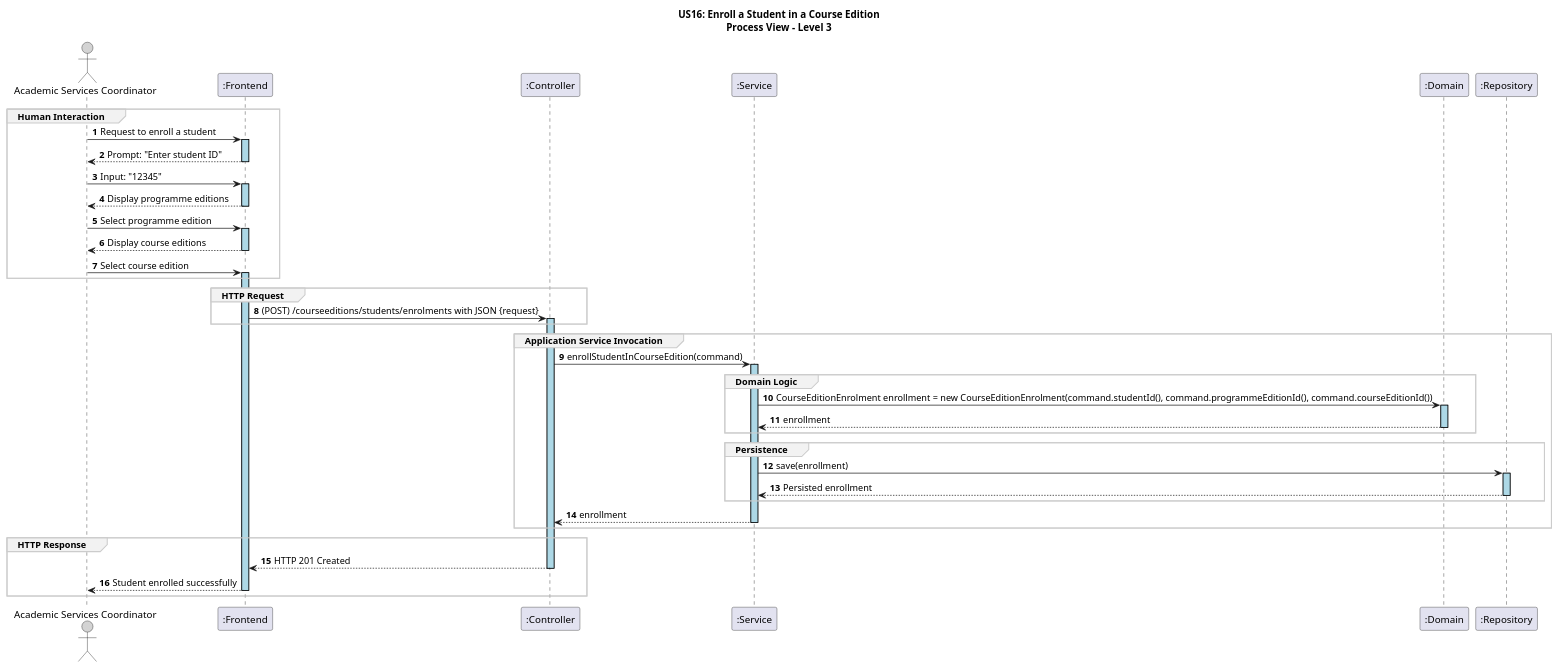
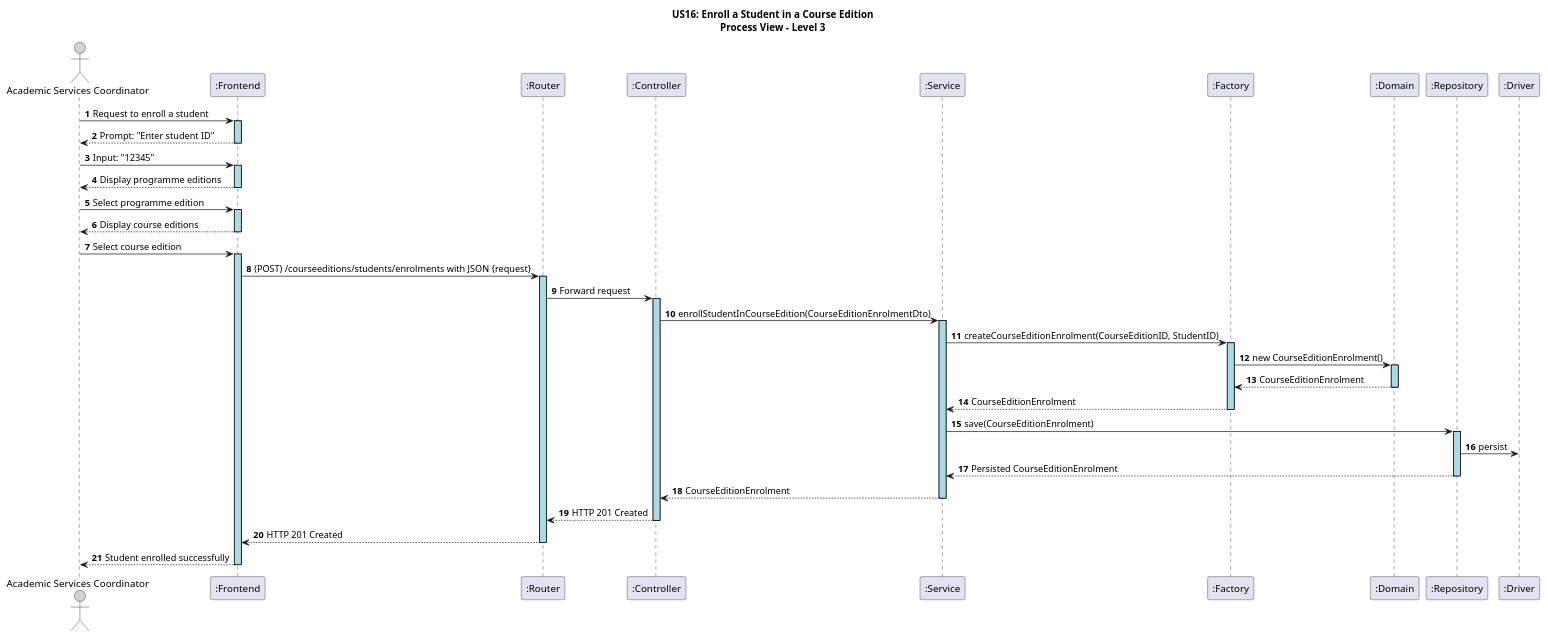
The diagram in docs/US16/sprint6_RestController/process_view/Level3.puml (GasparISEP/DevOps-PAI), drawn with PlantUML before and after one commit. The commit also changed 2 other files, not shown here.

Commit message:
Updated Process View Level 3, Level 4 and level5 diagrams to reflect changes in the enrollment process, including the introduction of a Router and Factory participants, and adjustments to the flow of data and interactions. Refs #589

```diff
--- a/docs/US16/sprint6_RestController/process_view/Level3.puml
+++ b/docs/US16/sprint6_RestController/process_view/Level3.puml
@@ -1,57 +1,51 @@
 @startuml
 autonumber
 
 skinparam sequence {
     LifelineBorderColor black
     LifelineBackgroundColor LightBlue
     ActorBorderColor black
     ActorBackgroundColor LightGray
-    GroupBorderColor #cccccc
-    GroupBackgroundColor #f2f2f2
 }
 
 title US16: Enroll a Student in a Course Edition\nProcess View – Level 3
 
 actor ASC as "Academic Services Coordinator"
 participant ":Frontend" as FE
+participant ":Router" as RT
 participant ":Controller" as CT
 participant ":Service" as SE
+participant ":Factory" as FA
 participant ":Domain" as DM
 participant ":Repository" as RE
+participant ":Driver" as Driver
 
-group Human Interaction
 ASC -> FE ++: Request to enroll a student
 FE --> ASC --: Prompt: "Enter student ID"
 ASC -> FE ++: Input: "12345"
 FE --> ASC --: Display programme editions
 ASC -> FE ++: Select programme edition
 FE --> ASC --: Display course editions
 ASC -> FE ++: Select course edition
-end group
 
-group HTTP Request
-FE -> CT ++: (POST) /courseeditions/students/enrolments with JSON {request}
-end group
+FE -> RT ++: (POST) /courseeditions/students/enrolments with JSON {request}
+RT -> CT ++: Forward request
 
-group Application Service Invocation
-CT -> SE ++: enrollStudentInCourseEdition(command)
+CT -> SE ++: enrollStudentInCourseEdition(CourseEditionEnrolmentDto)
 
-group Domain Logic
-SE -> DM ++: CourseEditionEnrolment enrollment = new CourseEditionEnrolment(command.studentId(), command.programmeEditionId(), command.courseEditionId())
-DM --> SE --: enrollment
-end group
+SE -> FA ++: createCourseEditionEnrolment(CourseEditionID, StudentID)
+FA -> DM ++: new CourseEditionEnrolment()
+DM --> FA --: CourseEditionEnrolment
+FA --> SE --: CourseEditionEnrolment
 
-group Persistence
-SE -> RE ++: save(enrollment)
-RE --> SE --: Persisted enrollment
-end group
+SE -> RE ++: save(CourseEditionEnrolment)
+RE -> Driver: persist
+RE --> SE --: Persisted CourseEditionEnrolment
 
-SE --> CT --: enrollment
-end group
+SE --> CT --: CourseEditionEnrolment
+CT --> RT --: HTTP 201 Created
 
-group HTTP Response
-CT --> FE --: HTTP 201 Created
+RT --> FE --: HTTP 201 Created
 FE --> ASC --: Student enrolled successfully
-end group
 
 @enduml
```
